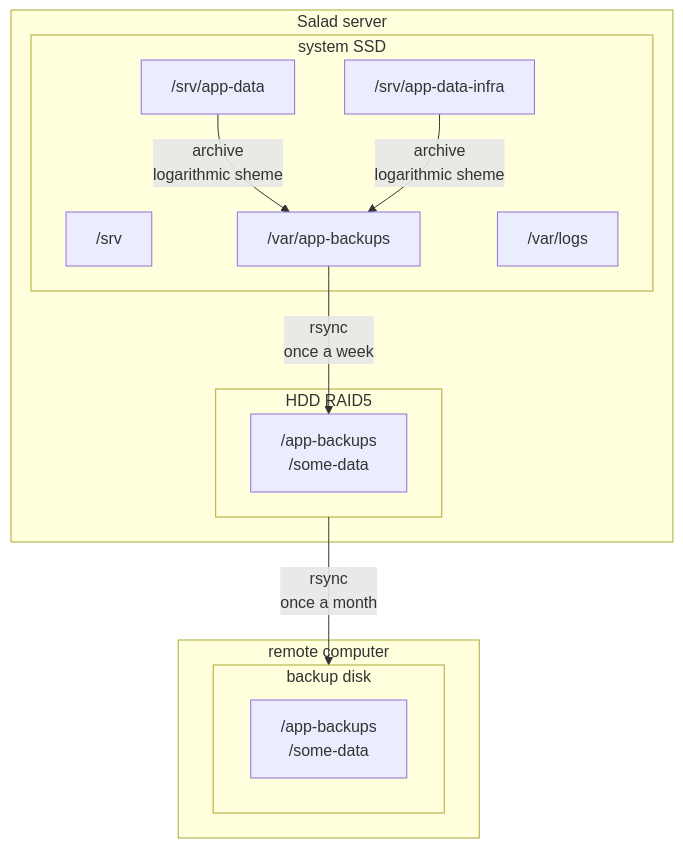
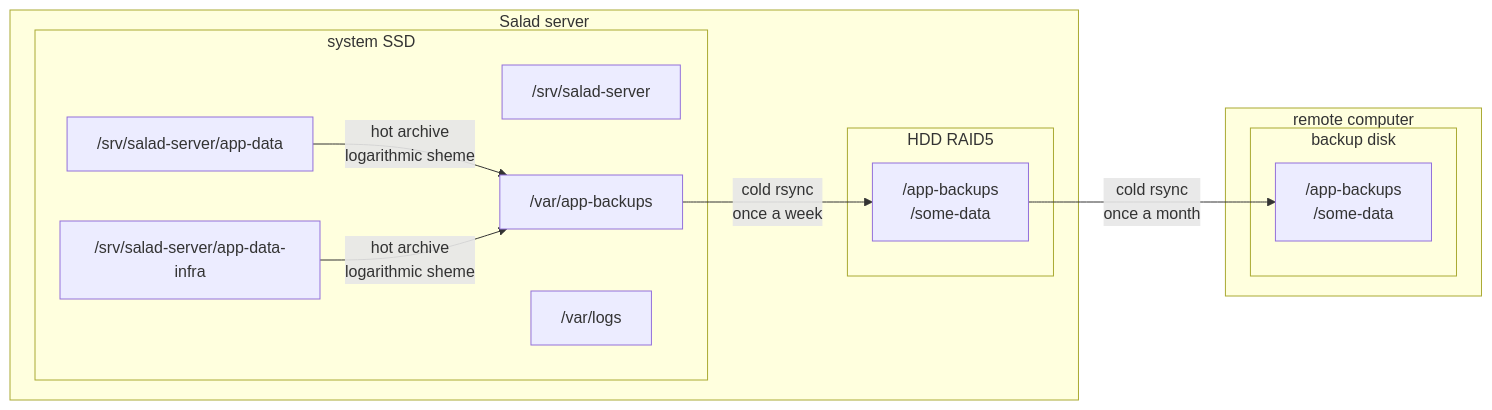
One commit to TCAO-2/salad-server changed the first of 2 diagrams in README.md. Above: the diagram before and after it, drawn with Mermaid. The commit also changed other lines of this file, not shown here.

Commit message:
add features and network architecture to the readme

````diff
--- a/README.md
+++ b/README.md
@@ -10,24 +19,24 @@
 ```mermaid
-flowchart TB
+flowchart LR
     subgraph salad-server["Salad server"]
         subgraph ssd["system SSD"]
-            main-server["/srv"]
-            app-data["/srv/app-data"]
-            app-data-infra["/srv/app-data-infra"]
+            main-server["/srv/salad-server"]
+            app-data["/srv/salad-server/app-data"]
+            app-data-infra["/srv/salad-server/app-data-infra"]
             backups-ssd["/var/app-backups"]
             logs["/var/logs"]
         end
         subgraph hdd-raid5["HDD RAID5"]
             hdd-content["/app-backups\n/some-data"]
         end
-        app-data--"archive\nlogarithmic sheme"-->backups-ssd
-        app-data-infra--"archive\nlogarithmic sheme"-->backups-ssd
-        backups-ssd--"rsync\nonce a week"-->hdd-content
+        app-data--"hot archive\nlogarithmic sheme"-->backups-ssd
+        app-data-infra--"hot archive\nlogarithmic sheme"-->backups-ssd
+        backups-ssd--"cold rsync\nonce a week"-->hdd-content
     end
     subgraph remote-computer["remote computer"]
         subgraph backup-disk["backup disk"]
             remote-content["/app-backups\n/some-data"]
         end
     end
-    hdd-raid5--"rsync\nonce a month"-->backup-disk
+    hdd-content--"cold rsync\nonce a month"-->remote-content
 ```
````
